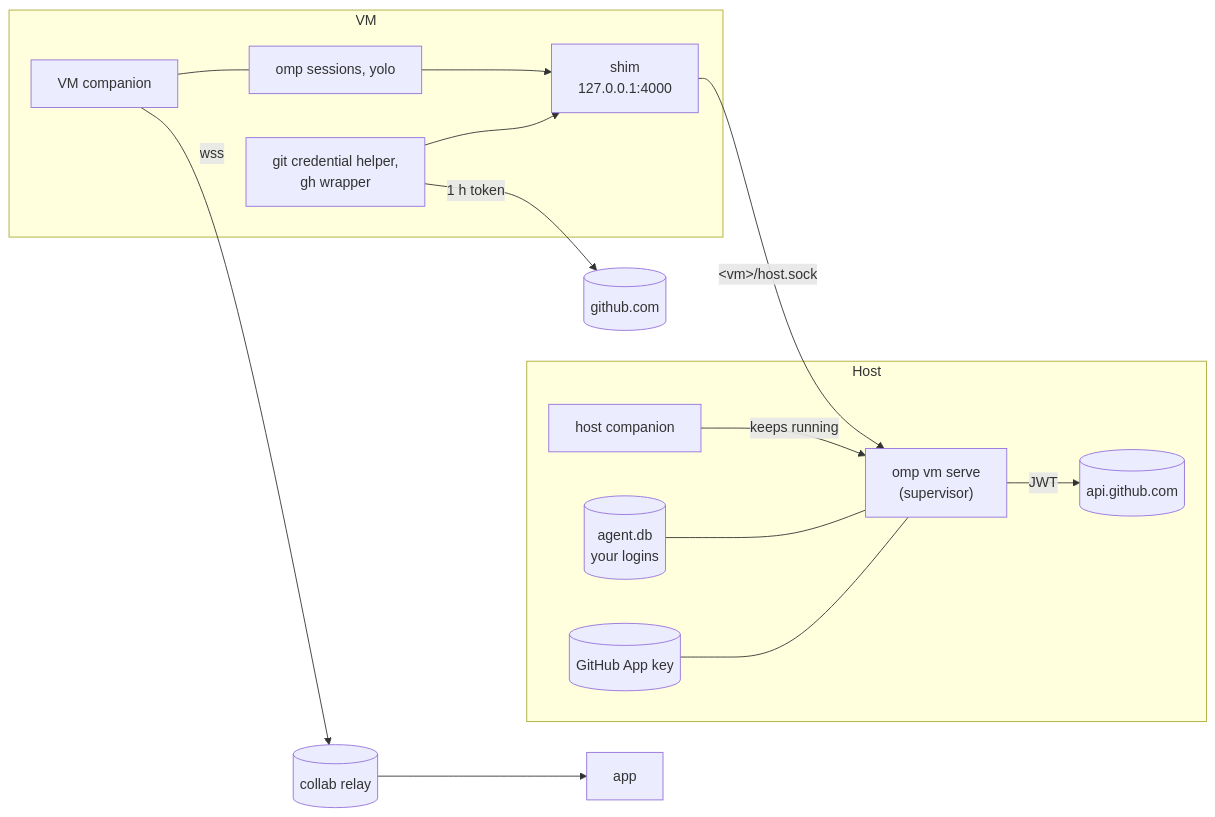
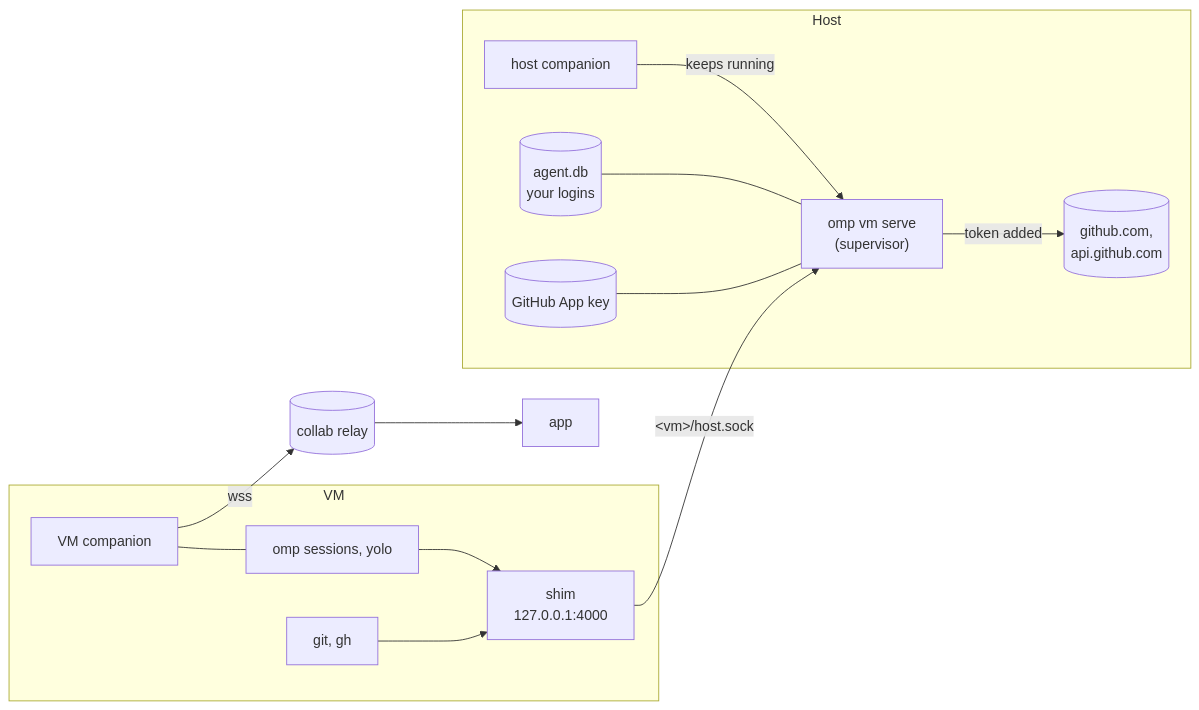
Before and after one commit to ctrlc03/oh-my-pi: the diagram in docs/vm-sessions.md, drawn with Mermaid. The commit also changed other lines of this file and 13 other files, not shown here.

First line of the commit message:
feat(vm): host-side GitHub proxy; no GitHub token in the VM

````diff
--- a/docs/vm-sessions.md
+++ b/docs/vm-sessions.md
@@ -59,24 +59,23 @@
 ```mermaid
 flowchart LR
   subgraph Host
     Comp0[host companion] -- keeps running --> Sup
     Sup["omp vm serve<br/>(supervisor)"]
     Store[(agent.db<br/>your logins)]
     Key[(GitHub App key)]
     Store --- Sup
     Key --- Sup
-    Sup -- JWT --> GHAPI[(api.github.com)]
+    Sup -- "token added" --> GH[(github.com,<br/>api.github.com)]
   end
   subgraph VM
     Shim[shim<br/>127.0.0.1:4000]
     Omp[omp sessions, yolo]
     Comp[VM companion]
-    Cred[git credential helper,<br/>gh wrapper]
+    Git[git, gh]
     Omp --> Shim
-    Cred --> Shim
+    Git --> Shim
     Comp --- Omp
   end
   Shim -- "&lt;vm&gt;/host.sock" --> Sup
   Comp -- wss --> Relay[(collab relay)] --> App[app]
-  Cred -- 1 h token --> GH[(github.com)]
 ```
````
